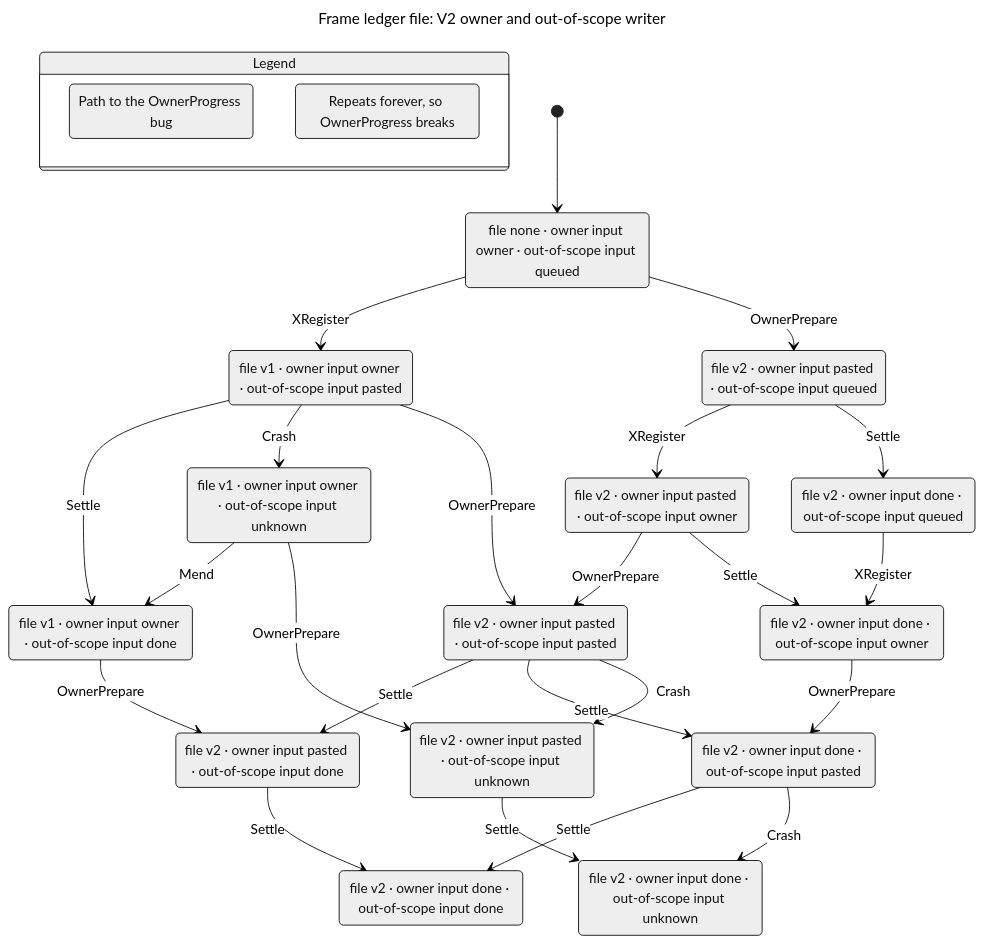
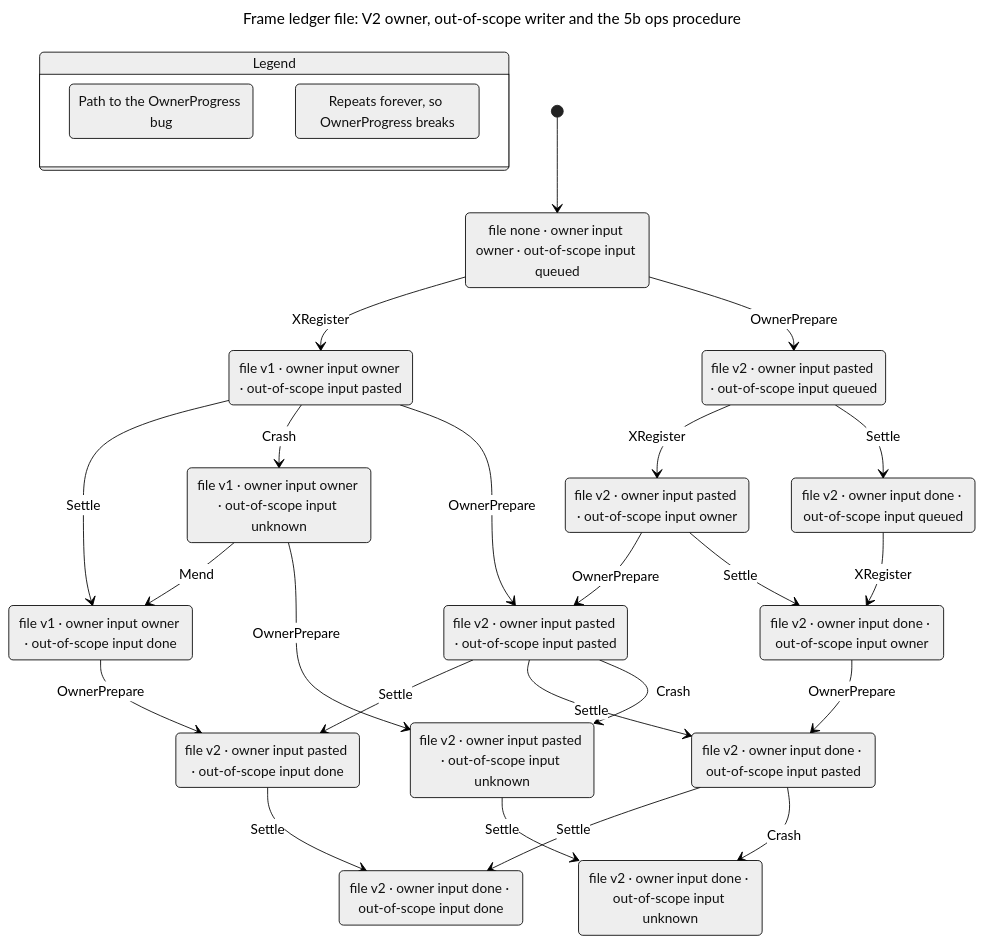
The diagram in docs/statecharts/input-single-path/ledger-format-before-repair.chart.mmd (itismyfield/AgentDesk), drawn with Mermaid (neutral theme) before and after one commit. The commit also changed 22 other files, not shown here.

```diff
--- a/docs/statecharts/input-single-path/ledger-format-before-repair.chart.mmd
+++ b/docs/statecharts/input-single-path/ledger-format-before-repair.chart.mmd
@@ -1,51 +1,51 @@
 ---
-title: "Frame ledger file: V2 owner and out-of-scope writer"
+title: "Frame ledger file: V2 owner, out-of-scope writer and the 5b ops procedure"
 ---
 stateDiagram-v2
   state "Legend" as legend {
     lg0: Path to the OwnerProgress bug
     lg1: Repeats forever, so OwnerProgress breaks
   }
   class lg0 bugPath
   class lg1 repeats
   s0: file none #183; owner input owner #183; out-of-scope input queued
   s1: file v1 #183; owner input owner #183; out-of-scope input pasted
   s2: file v2 #183; owner input pasted #183; out-of-scope input queued
   s3: file v1 #183; owner input owner #183; out-of-scope input done
   s4: file v1 #183; owner input owner #183; out-of-scope input unknown
   s5: file v2 #183; owner input pasted #183; out-of-scope input owner
   s6: file v2 #183; owner input done #183; out-of-scope input queued
   s7: file v2 #183; owner input pasted #183; out-of-scope input pasted
   s8: file v2 #183; owner input done #183; out-of-scope input owner
   s9: file v2 #183; owner input pasted #183; out-of-scope input done
   s10: file v2 #183; owner input done #183; out-of-scope input pasted
   s11: file v2 #183; owner input pasted #183; out-of-scope input unknown
   s12: file v2 #183; owner input done #183; out-of-scope input done
   s13: file v2 #183; owner input done #183; out-of-scope input unknown
   [*] --> s0
   s0 --> s1: XRegister
   s0 --> s2: OwnerPrepare
   s1 --> s3: Settle
   s1 --> s4: Crash
   s1 --> s7: OwnerPrepare
   s2 --> s5: XRegister
   s2 --> s6: Settle
   s3 --> s9: OwnerPrepare
   s4 --> s3: Mend
   s4 --> s11: OwnerPrepare
   s5 --> s7: OwnerPrepare
   s5 --> s8: Settle
   s6 --> s8: XRegister
   s7 --> s9: Settle
   s7 --> s10: Settle
   s7 --> s11: Crash
   s8 --> s10: OwnerPrepare
   s9 --> s12: Settle
   s10 --> s12: Settle
   s10 --> s13: Crash
   s11 --> s13: Settle
   class s0 bugPath
   class s1 bugPath
-  class s4 bugPath
-  class s11 bugPath
+  class s7 bugPath
+  class s10 bugPath
   class s13 repeats
```
